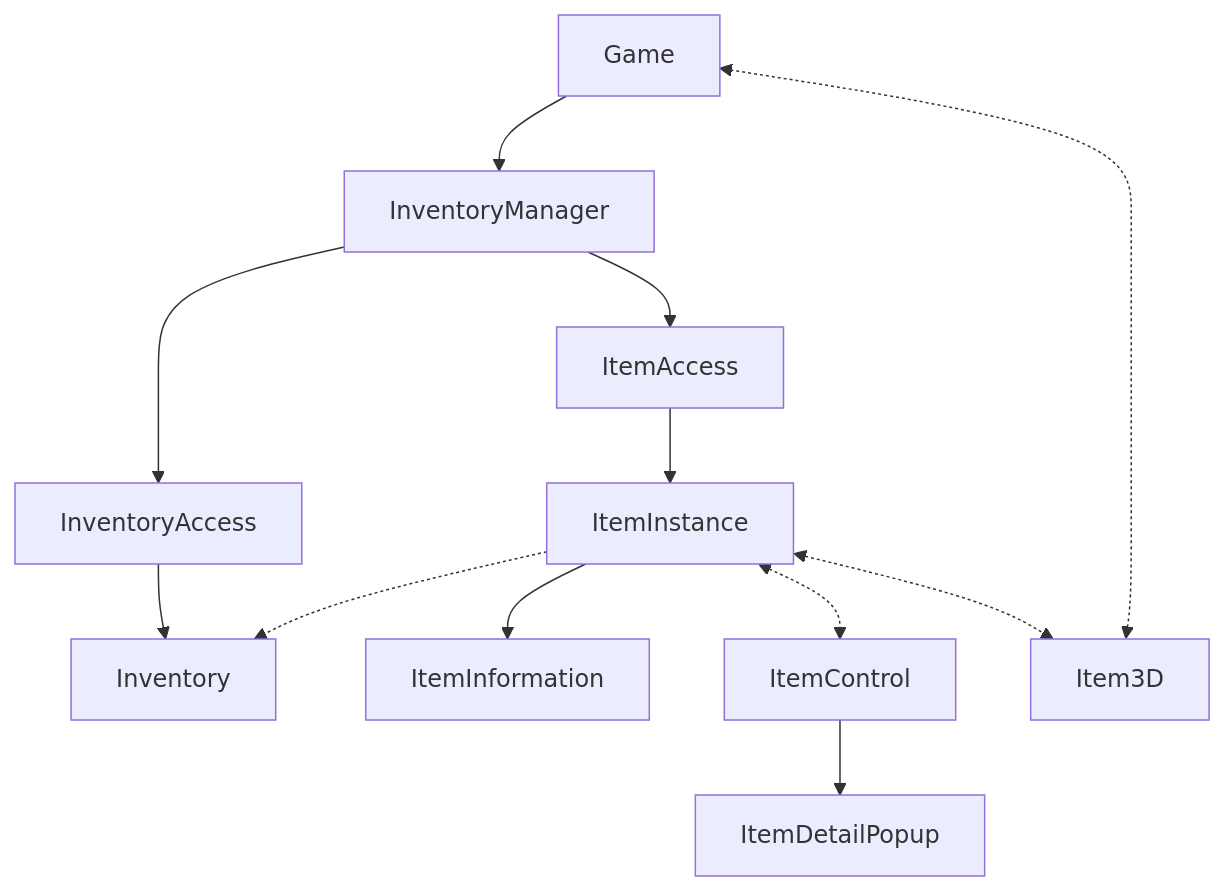
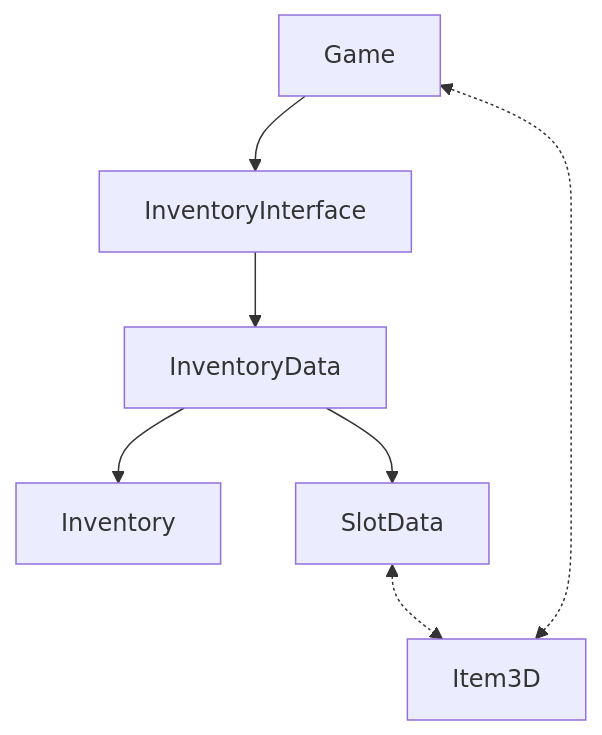
One commit to Menacing/unnamed-extraction-shooter-roguelike changed the diagram in docs/item_system.md. Above: the diagram before and after it, drawn with Mermaid. The commit also changed other lines of this file and 231 other files, not shown here.

First line of the commit message:
476 inventory and item system rework 30 (#495)

````diff
--- a/docs/item_system.md
+++ b/docs/item_system.md
@@ -8,14 +8,9 @@
 ```mermaid
 graph TB
-    Game-->InventoryManager;
-    InventoryManager-->ItemAccess;
-    InventoryManager-->InventoryAccess;
-    InventoryAccess-->Inventory;
-    ItemAccess-->ItemInstance;
-    ItemInstance-->ItemInformation;
-    ItemInstance<-.->ItemControl;
-    ItemInstance<-.->Item3D;
-    ItemInstance-.->Inventory;
+    Game-->InventoryInterface;
+    InventoryInterface-->InventoryData;
+    InventoryData-->Inventory;
+    InventoryData-->SlotData;
+    SlotData<-.->Item3D;
     Item3D<-.->Game;
-    ItemControl-->ItemDetailPopup;
 ```
````
